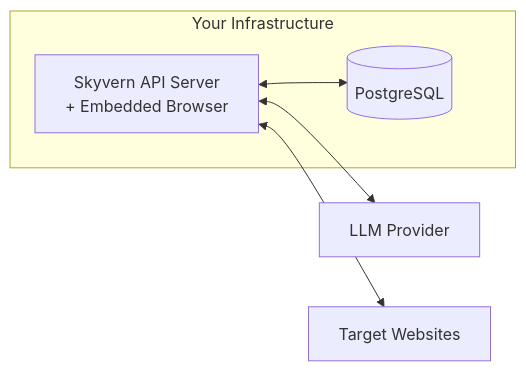
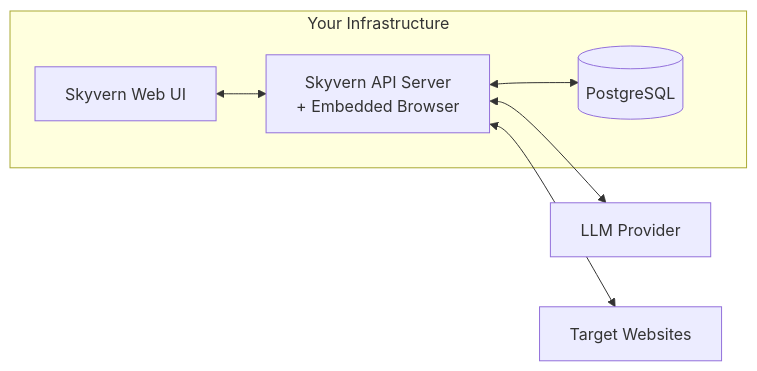
The diagram in docs/developers/self-hosted/overview.mdx (Skyvern-AI/skyvern), drawn with Mermaid before and after one commit. The commit also changed other lines of this file and 5 other files, not shown here.

````diff
--- a/docs/developers/self-hosted/overview.mdx
+++ b/docs/developers/self-hosted/overview.mdx
@@ -22,14 +22,16 @@
 ```mermaid
 flowchart LR
     subgraph Your Infrastructure
         API[Skyvern API Server<br/>+ Embedded Browser]
+        UI[Skyvern Web UI]
         DB[(PostgreSQL)]
     end
 
     LLM[LLM Provider]
     Sites[Target Websites]
 
+    UI <--> API
     API <--> DB
     API <--> LLM
     API <--> Sites
 ```
````
